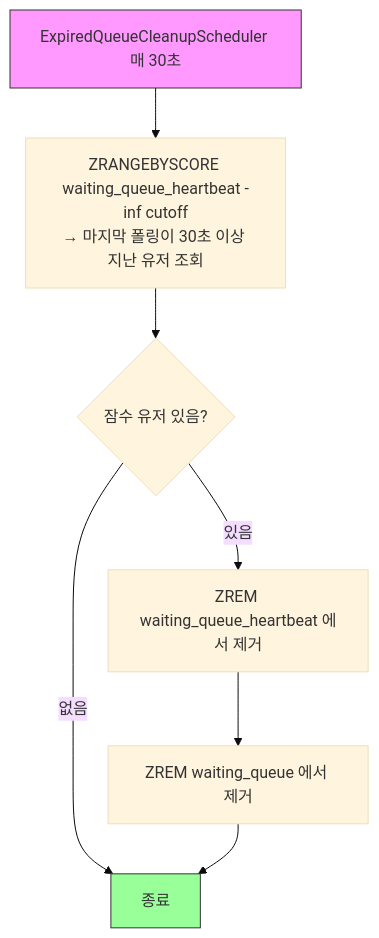
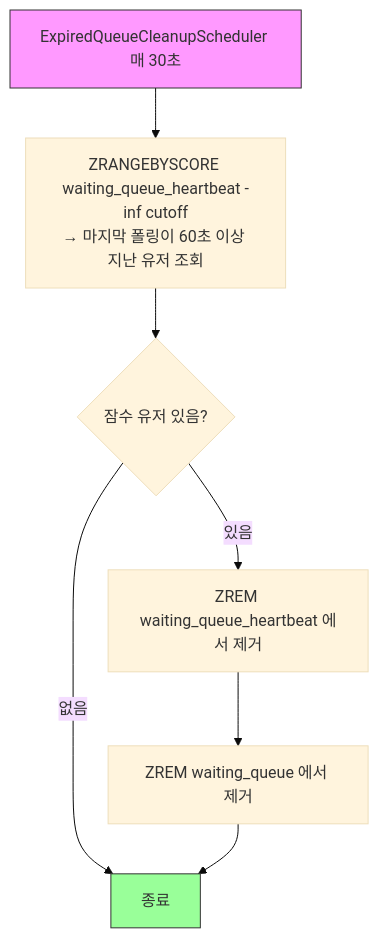
One commit to irnd04/zticket changed the third of 7 diagrams in README.md. Above: the diagram before and after it, drawn with Mermaid (base theme). The commit also changed other lines of this file and 1 other file, not shown here.

Commit message:
refactor: 잠수 유저 TTL 30초 → 60초로 조정

````diff
--- a/README.md
+++ b/README.md
@@ -123,12 +123,12 @@
 ```mermaid
 flowchart TD
-    A[ExpiredQueueCleanupScheduler 매 30초] --> B["ZRANGEBYSCORE waiting_queue_heartbeat -inf cutoff<br/>→ 마지막 폴링이 30초 이상 지난 유저 조회"]
+    A[ExpiredQueueCleanupScheduler 매 30초] --> B["ZRANGEBYSCORE waiting_queue_heartbeat -inf cutoff<br/>→ 마지막 폴링이 60초 이상 지난 유저 조회"]
     B --> C{잠수 유저 있음?}
     C -- 없음 --> END[종료]
     C -- 있음 --> D[ZREM waiting_queue_heartbeat 에서 제거]
     D --> E[ZREM waiting_queue 에서 제거]
     E --> END
 
     style A fill:#f9f,stroke:#333
     style END fill:#9f9,stroke:#333
 ```
````
